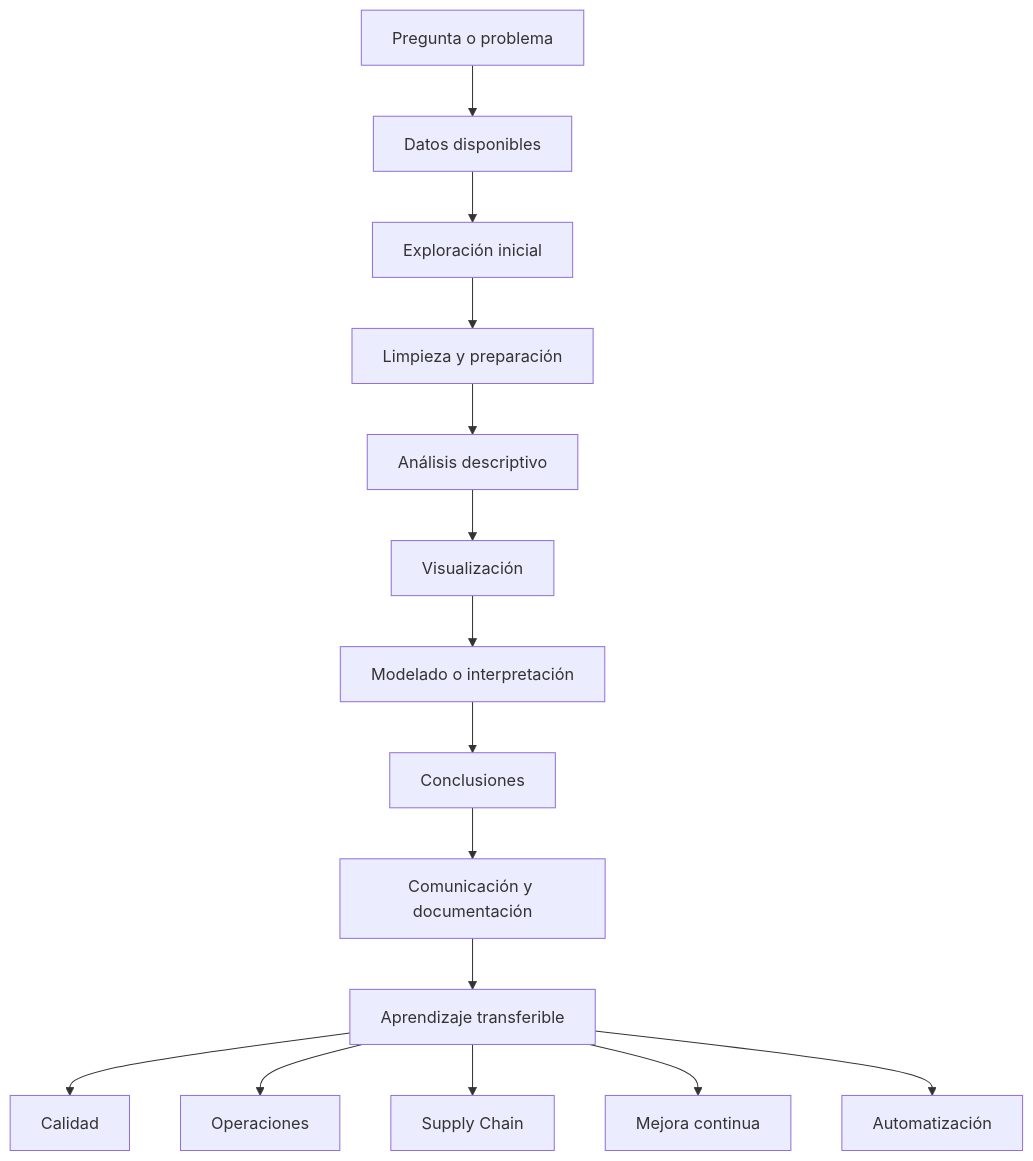
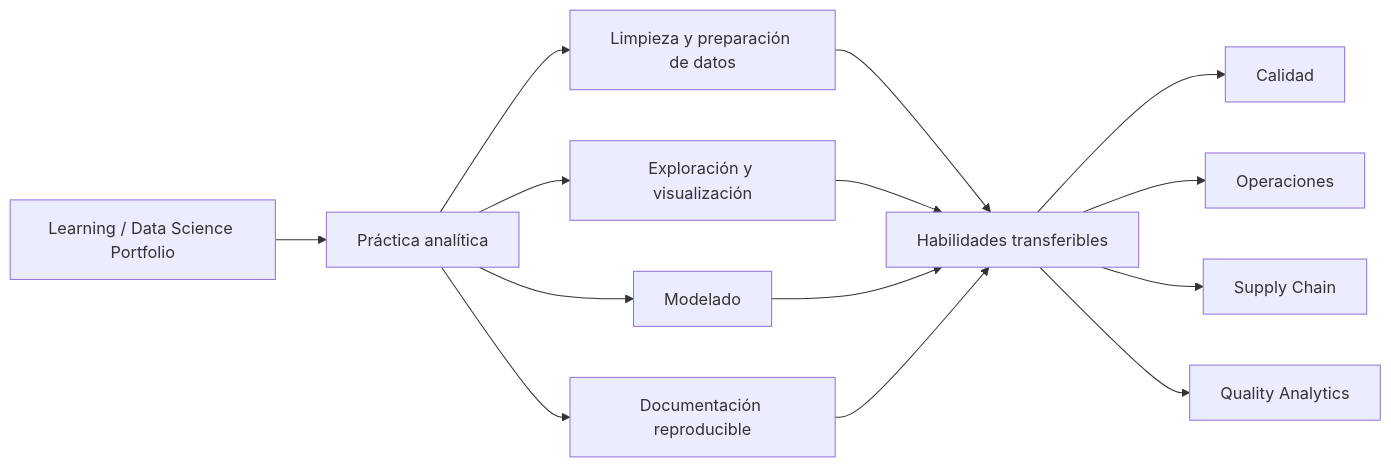
The first of 2 diagrams in README.md (fjgonzalezmgt/Learning-Data-Science-Portfolio), drawn with Mermaid before and after one commit. The commit also changed other lines of this file, not shown here.

Commit message:
Align README with Quality Analytics ecosystem positioning

````diff
--- a/README.md
+++ b/README.md
@@ -162,18 +13,18 @@
 ```mermaid
-flowchart TD
-    A[Pregunta o problema] --> B[Datos disponibles]
-    B --> C[Exploración inicial]
-    C --> D[Limpieza y preparación]
-    D --> E[Análisis descriptivo]
-    E --> F[Visualización]
-    F --> G[Modelado o interpretación]
-    G --> H[Conclusiones]
-    H --> I[Comunicación y documentación]
-    I --> J[Aprendizaje transferible]
+flowchart LR
+    A[Learning / Data Science Portfolio] --> B[Práctica analítica]
+    B --> C[Limpieza y preparación de datos]
+    B --> D[Exploración y visualización]
+    B --> E[Modelado]
+    B --> F[Documentación reproducible]
 
-    J --> K[Calidad]
-    J --> L[Operaciones]
-    J --> M[Supply Chain]
-    J --> N[Mejora continua]
-    J --> O[Automatización]
+    C --> G[Habilidades transferibles]
+    D --> G
+    E --> G
+    F --> G
+
+    G --> H[Calidad]
+    G --> I[Operaciones]
+    G --> J[Supply Chain]
+    G --> K[Quality Analytics]
 ```
````
